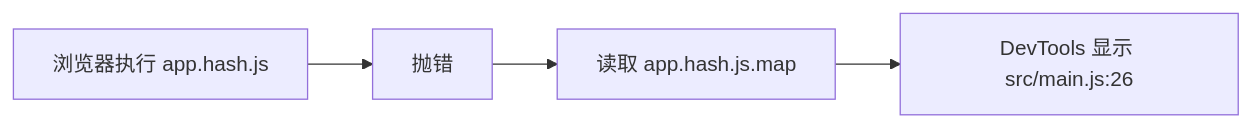
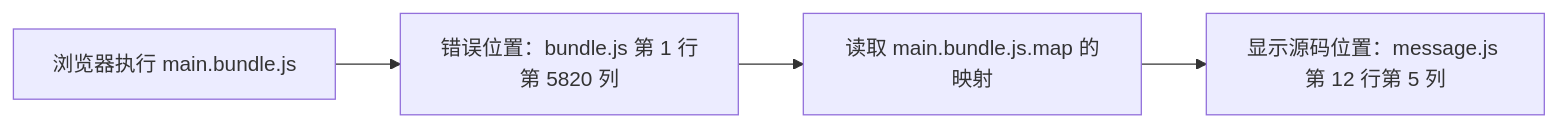
One commit to Jaxon1216/homepage changed diagram 15 of 19 in content/posts/frontend-build-tools-evolution.mdx. Above: the diagram before and after it, drawn with Mermaid. The commit also changed other lines of this file and 3 other files, not shown here.

````diff
--- a/content/posts/frontend-build-tools-evolution.mdx
+++ b/content/posts/frontend-build-tools-evolution.mdx
@@ -1113,6 +1143,6 @@
 ```mermaid
 flowchart LR
-  RUN["浏览器执行 app.hash.js"] --> ERR["抛错"]
-  ERR --> MAP["读取 app.hash.js.map"]
-  MAP --> SRC["DevTools 显示 src/main.js:26"]
+  RUN["浏览器执行 main.bundle.js"] --> ERR["错误位置：bundle.js 第 1 行第 5820 列"]
+  ERR --> MAP["读取 main.bundle.js.map 的映射"]
+  MAP --> SRC["显示源码位置：message.js 第 12 行第 5 列"]
 ```
````
